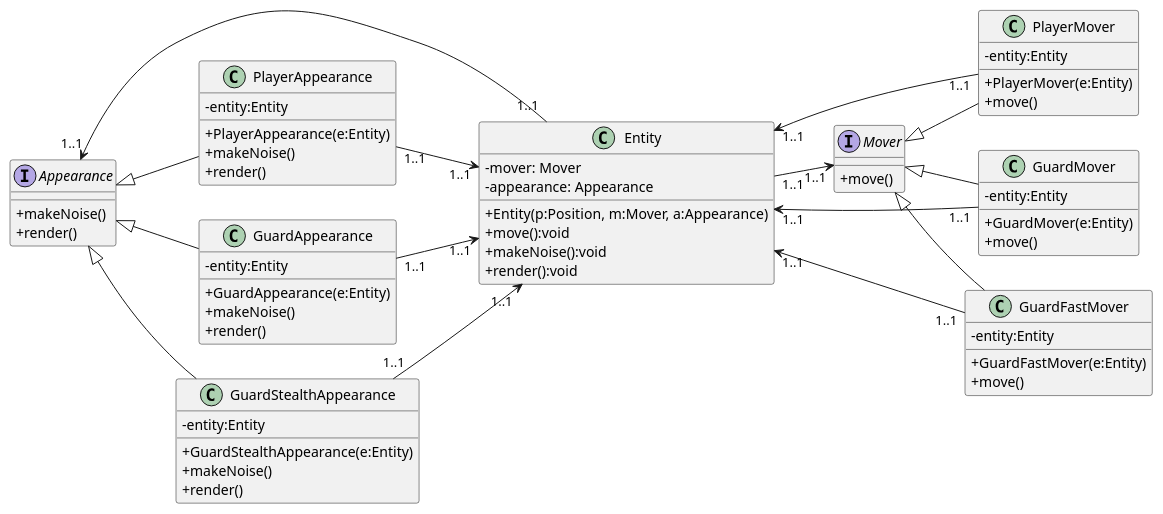
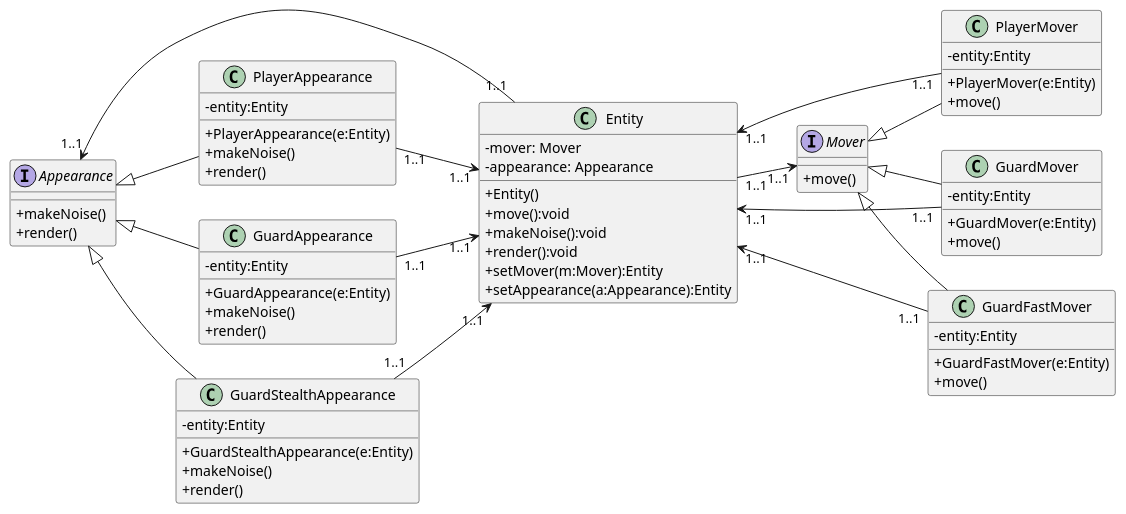
The diagram in content/teaching/CS123/examples/inheritcomp/umlgamecomp2.plantuml (jimfinnis/jcf12), drawn with PlantUML before and after one commit. The commit also changed 4 other files, not shown here.

```diff
--- a/content/teaching/CS123/examples/inheritcomp/umlgamecomp2.plantuml
+++ b/content/teaching/CS123/examples/inheritcomp/umlgamecomp2.plantuml
@@ -1,79 +1,81 @@
 @startuml
 left to right direction
 skinparam classAttributeIconSize 0
 
 class Entity {
-    + Entity(p:Position, m:Mover, a:Appearance)
+    + Entity()
     + move():void
     + makeNoise():void
     + render():void
+    + setMover(m:Mover):Entity
+    + setAppearance(a:Appearance):Entity
     
     - mover: Mover
     - appearance: Appearance
 }
 
 interface Mover {
     + move()
 }
 
 interface Appearance {
     + makeNoise()
     + render()
 }
 
 Entity "1..1" --> "1..1" Appearance
 Entity "1..1" --> "1..1" Mover
 
 class PlayerMover {
     + PlayerMover(e:Entity)
     + move()
     - entity:Entity
 }
 PlayerMover -up-|> Mover
 PlayerMover "1..1" --> "1..1" Entity
 
 class GuardMover {
     + GuardMover(e:Entity)
     + move()
     - entity:Entity
 }
 GuardMover -up-|> Mover
 GuardMover "1..1" --> "1..1" Entity
 
 class GuardFastMover {
     + GuardFastMover(e:Entity)
     + move()
     - entity:Entity
 }
 GuardFastMover -up-|> Mover
 GuardFastMover "1..1" --> "1..1" Entity
 
 class PlayerAppearance {
     + PlayerAppearance(e:Entity)
     + makeNoise()
     + render()
     - entity:Entity
 }
 PlayerAppearance -up-|> Appearance
 PlayerAppearance "1..1" --> "1..1" Entity
 
 class GuardAppearance {
     + GuardAppearance(e:Entity)
     + makeNoise()
     + render()
     - entity:Entity
 }
 GuardAppearance -up-|> Appearance
 GuardAppearance "1..1" --> "1..1" Entity
 
 class GuardStealthAppearance {
     + GuardStealthAppearance(e:Entity)
     + makeNoise()
     + render()
     - entity:Entity
 }
 GuardStealthAppearance -up-|> Appearance
 GuardStealthAppearance "1..1" --> "1..1" Entity
 
 
 @enduml
```
